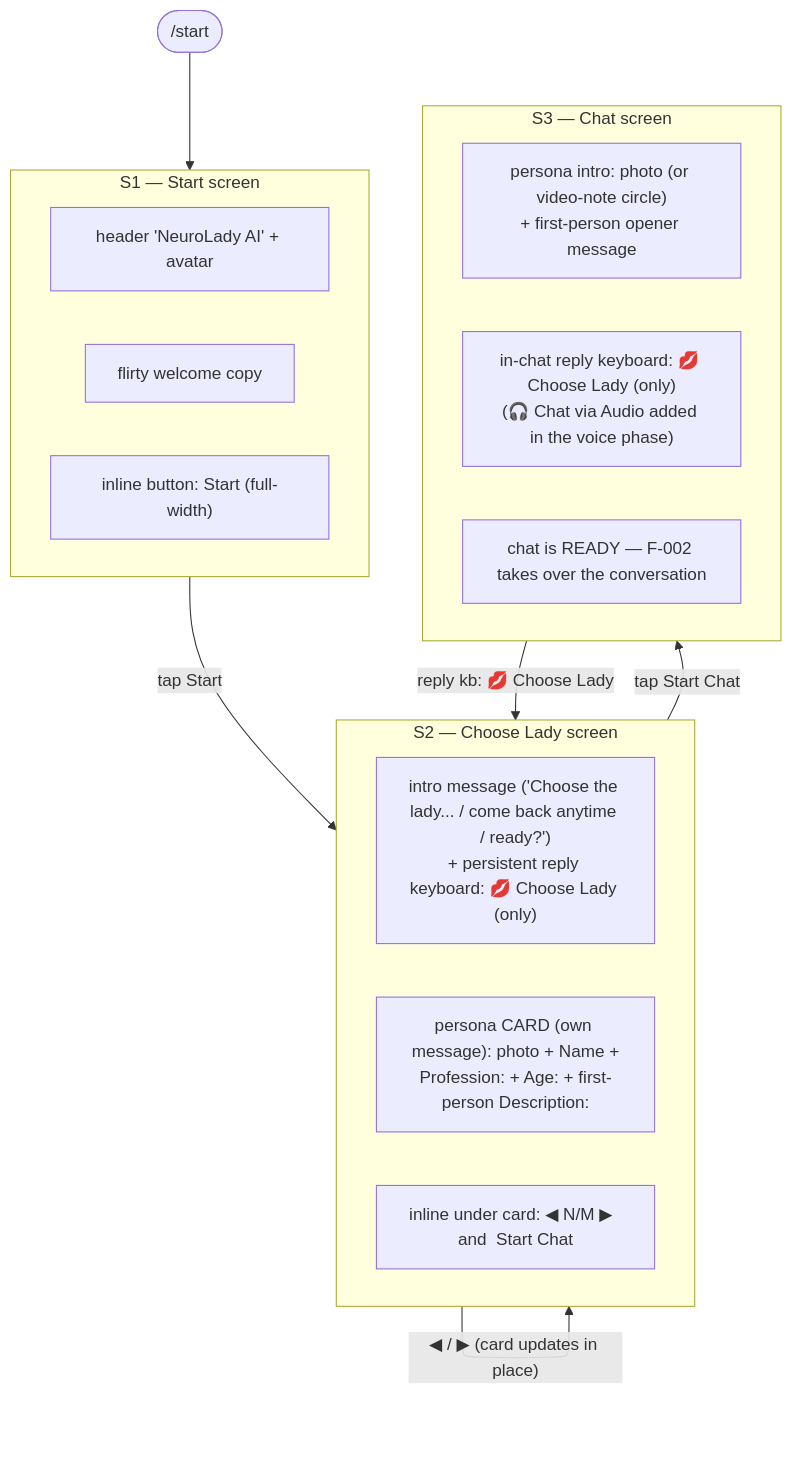
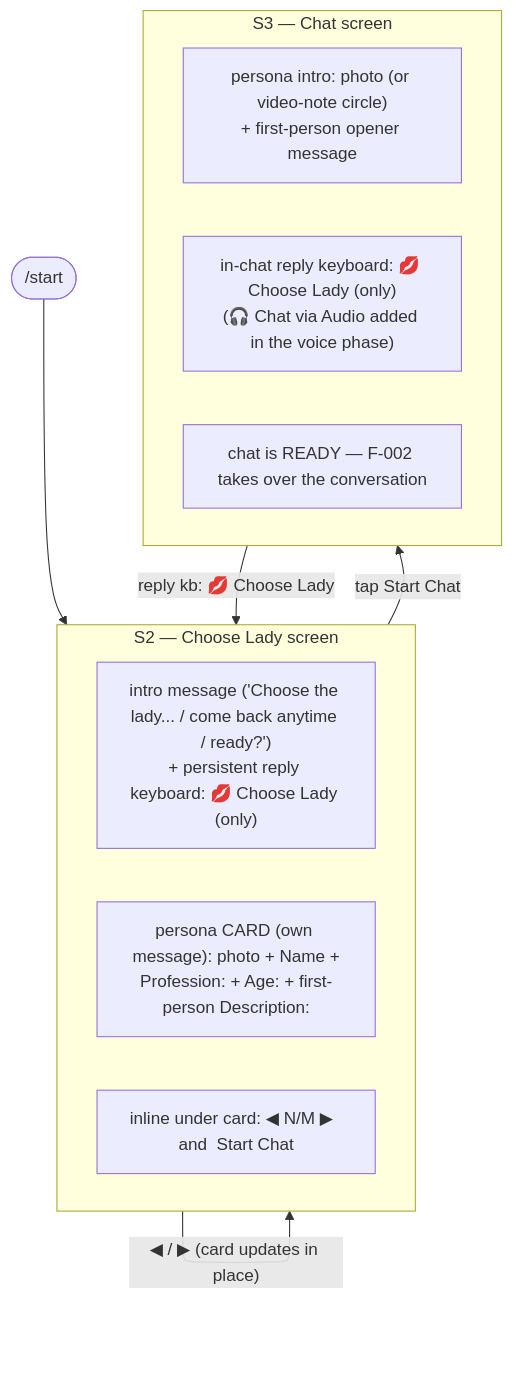
Before and after one commit to b3ly4ck/NeuroLady_Persona_Engine: the second of 8 diagrams in developer files/architecture.md, drawn with Mermaid. The commit also changed other lines of this file and 11 other files, not shown here.

First line of the commit message:
v0.22.1 [fix]: remove Welcome/Start screen (S1) — /start opens Choose Lady directly

````diff
--- a/developer files/architecture.md
+++ b/developer files/architecture.md
@@ -133,27 +135,20 @@
 ```mermaid
 flowchart TD
-    START([/start]) --> S1
-
-    subgraph S1["S1 — Start screen"]
-        S1a["header 'NeuroLady AI' + avatar"]
-        S1b["flirty welcome copy"]
-        S1c["inline button: Start (full-width)"]
-    end
+    START([/start]) --> S2
 
     subgraph S2["S2 — Choose Lady screen"]
         S2a["intro message ('Choose the lady... / come back anytime / ready?')<br/>+ persistent reply keyboard: 💋 Choose Lady (only)"]
         S2b["persona CARD (own message): photo + Name +<br/>Profession: + Age: + first-person Description:"]
         S2c["inline under card: ◀ N/M ▶  and  Start Chat"]
     end
 
     subgraph S3["S3 — Chat screen"]
         S3a["persona intro: photo (or video-note circle)<br/>+ first-person opener message"]
         S3b["in-chat reply keyboard: 💋 Choose Lady (only)<br/>(🎧 Chat via Audio added in the voice phase)"]
         S3c["chat is READY — F-002 takes over the conversation"]
     end
 
-    S1 -->|"tap Start"| S2
     S2 -->|"◀ / ▶ (card updates in place)"| S2
     S2 -->|"tap Start Chat"| S3
     S3 -->|"reply kb: 💋 Choose Lady"| S2
 ```
````
